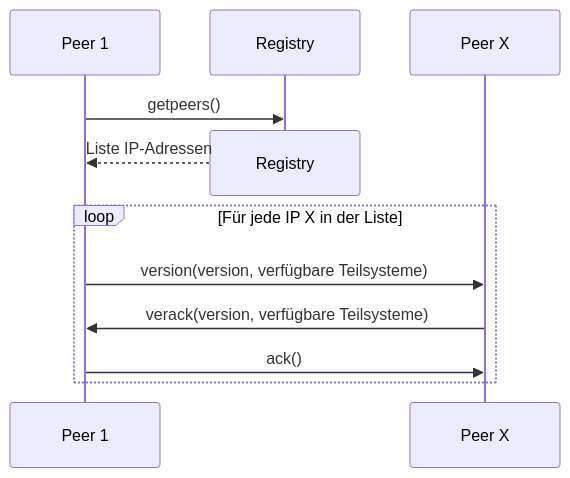
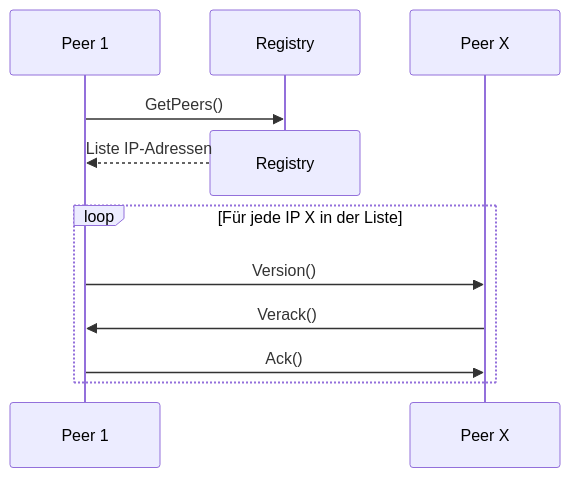
Before and after one commit to bjoern621/VSP-Blockchain: the first of 2 diagrams in docs/arc42/arc42-MinerNetwork/MinerNetwork.md, drawn with Mermaid. The commit also changed other lines of this file, not shown here.

````diff
--- a/docs/arc42/arc42-MinerNetwork/MinerNetwork.md
+++ b/docs/arc42/arc42-MinerNetwork/MinerNetwork.md
@@ -192,15 +192,15 @@
 ```mermaid
 sequenceDiagram
     participant p1 as Peer 1
     participant Registry
     participant p2 as Peer X
 
-    p1->>Registry: getpeers()
+    p1->>Registry: GetPeers()
     destroy Registry
     Registry-->>p1: Liste IP-Adressen
     loop Für jede IP X in der Liste
-        p1->>p2: version(version, verfügbare Teilsysteme)
-        p2->>p1: verack(version, verfügbare Teilsysteme)
-        p1->>p2: ack()
+        p1->>p2: Version()
+        p2->>p1: Verack()
+        p1->>p2: Ack()
     end
 ```
````
